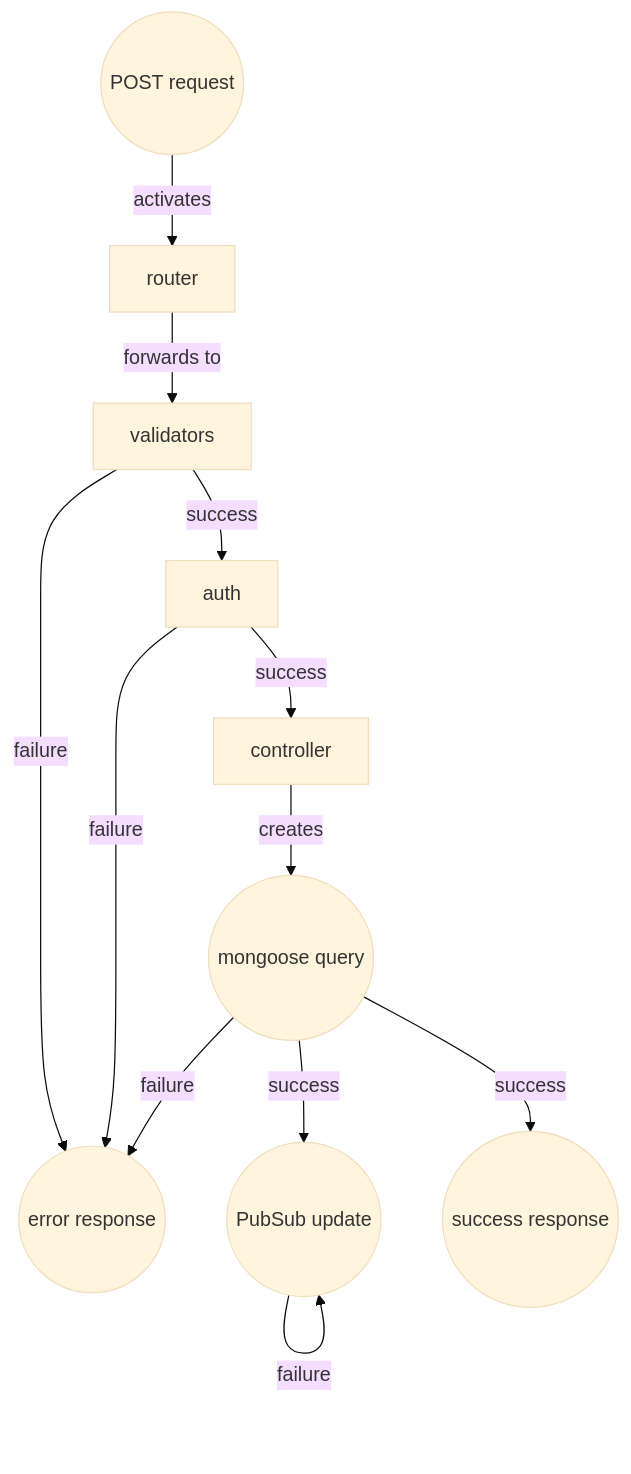
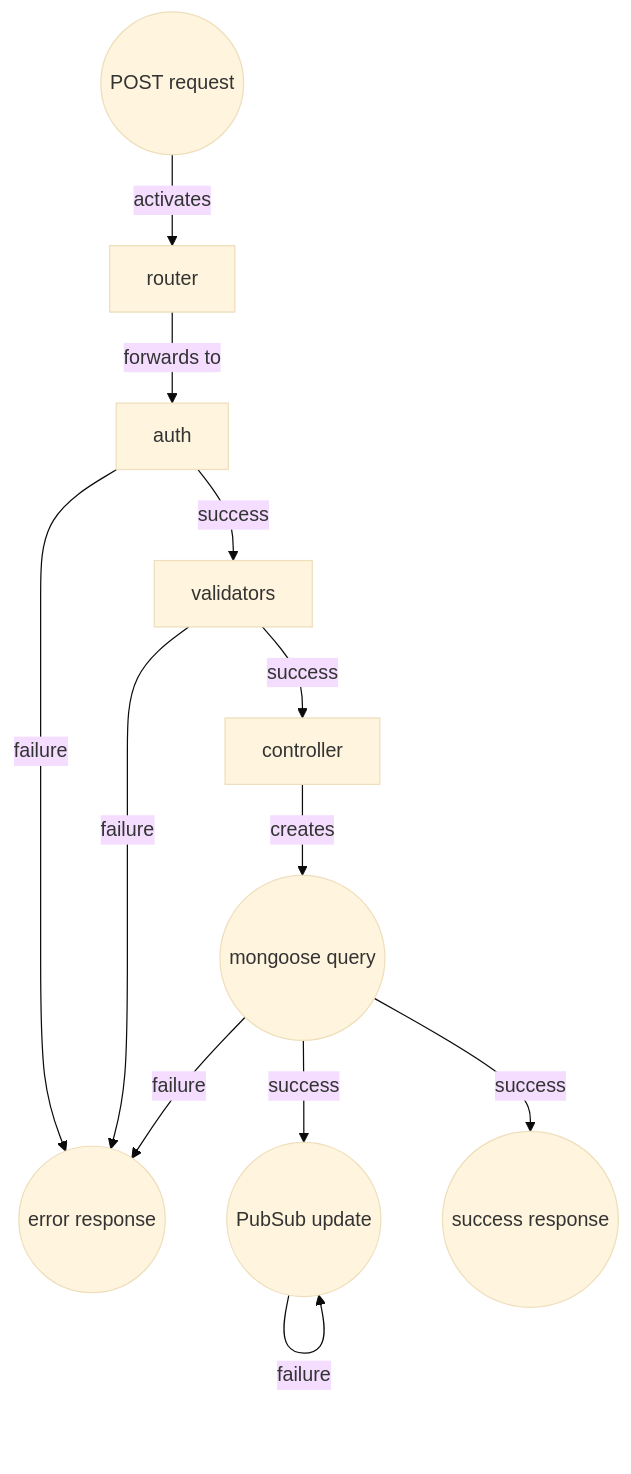
Before and after one commit to palmettos/sanctuary-stats-api: the diagram in docs/post-spec.mmd, drawn with Mermaid (base theme).

Commit message:
authorize before validation

```diff
--- a/docs/post-spec.mmd
+++ b/docs/post-spec.mmd
@@ -1,14 +1,14 @@
 graph TD;
 
 request((POST request));
 request -- activates --> router;
-router-- forwards to --> validators;
-validators -- success --> auth;
+router-- forwards to --> auth;
+auth -- success --> validators;
+auth -- failure --> error((error response));
+validators -- success --> controller;
 validators -- failure --> error;
-auth -- success --> controller;
-auth -- failure --> error((error response));
 controller -- creates --> db((mongoose query));
 db -- success --> pubsub((PubSub update));
 db -- success --> success((success response));
 db -- failure --> error;
 pubsub -- failure --> pubsub;
```
